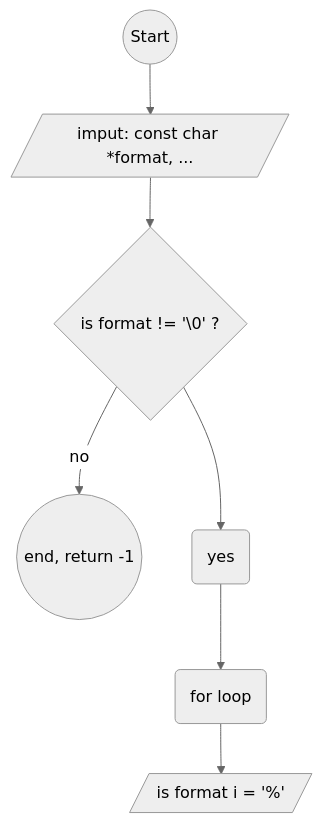
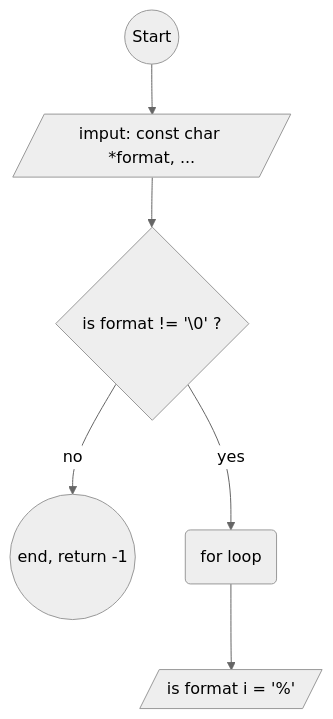
The diagram in README.md (Imartino4/holbertonschool-printf), drawn with Mermaid (neutral theme) before and after one commit.

Commit message:
start whit flowchart

````diff
--- a/README.md
+++ b/README.md
@@ -22,15 +22,14 @@
 ```mermaid
 graph TD;
 
     s((Start))-->i[/imput: const char *format, .../];
 
     i[/imput: const char *format, .../]-->f1{is format != '\0' ?};
 
     f1{is format != '\0' ?}-->|no|r1((end, return -1));
-    f1{is format != '\0' ?}-->y(yes);
+    f1{is format != '\0' ?}-->|yes|fl(for loop);
 
-    y(yes)-->fl(for loop);
 
     fl(for loop)-->if[/is format i = '%'/];
 
 ```
````
